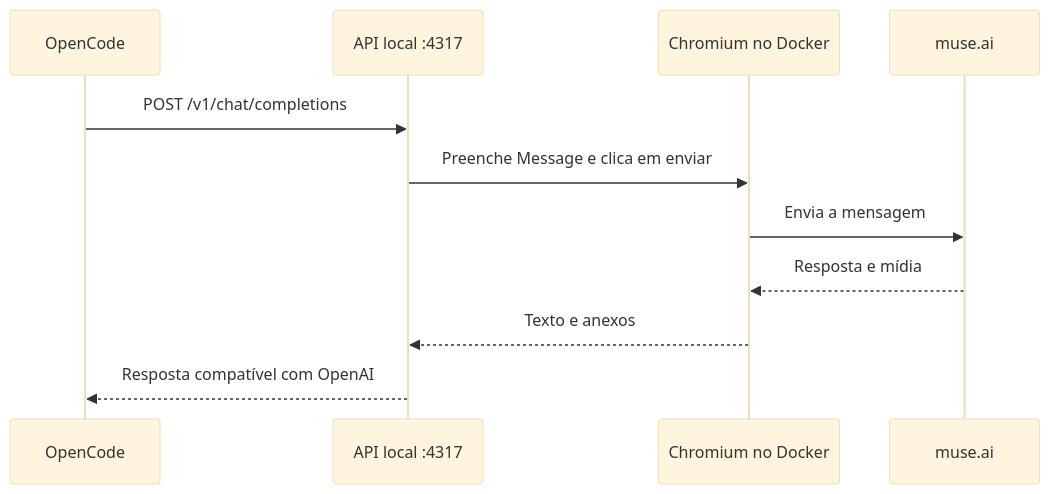
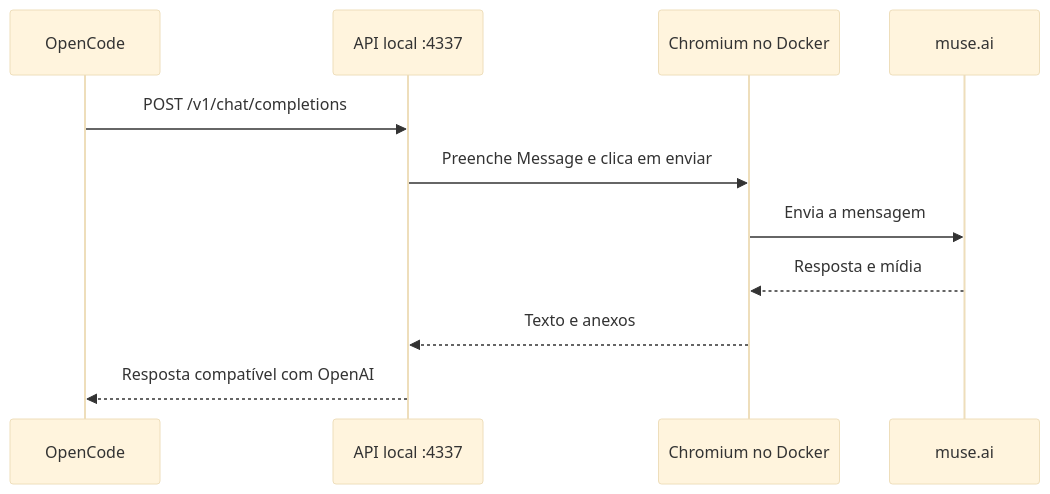
The diagram in docs/ARQUITETURA-E-USO.md (sniperpsp/muse-web-opencode-bridge), drawn with Mermaid (base theme) before and after one commit. The commit also changed other lines of this file and 7 other files, not shown here.

````diff
--- a/docs/ARQUITETURA-E-USO.md
+++ b/docs/ARQUITETURA-E-USO.md
@@ -13,13 +13,13 @@
 ```mermaid
 sequenceDiagram
     participant O as OpenCode
-    participant A as API local :4317
+    participant A as API local :4337
     participant C as Chromium no Docker
     participant M as muse.ai
     O->>A: POST /v1/chat/completions
     A->>C: Preenche Message e clica em enviar
     C->>M: Envia a mensagem
     M-->>C: Resposta e mídia
     C-->>A: Texto e anexos
     A-->>O: Resposta compatível com OpenAI
 ```
````
